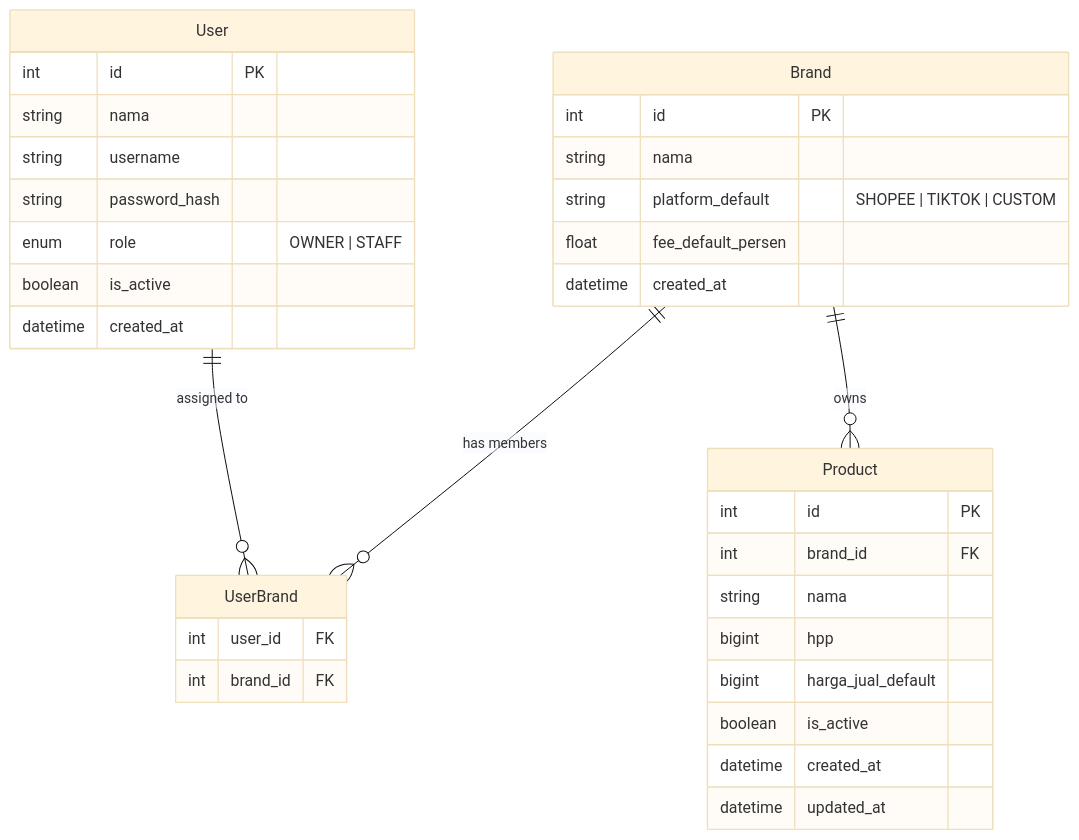
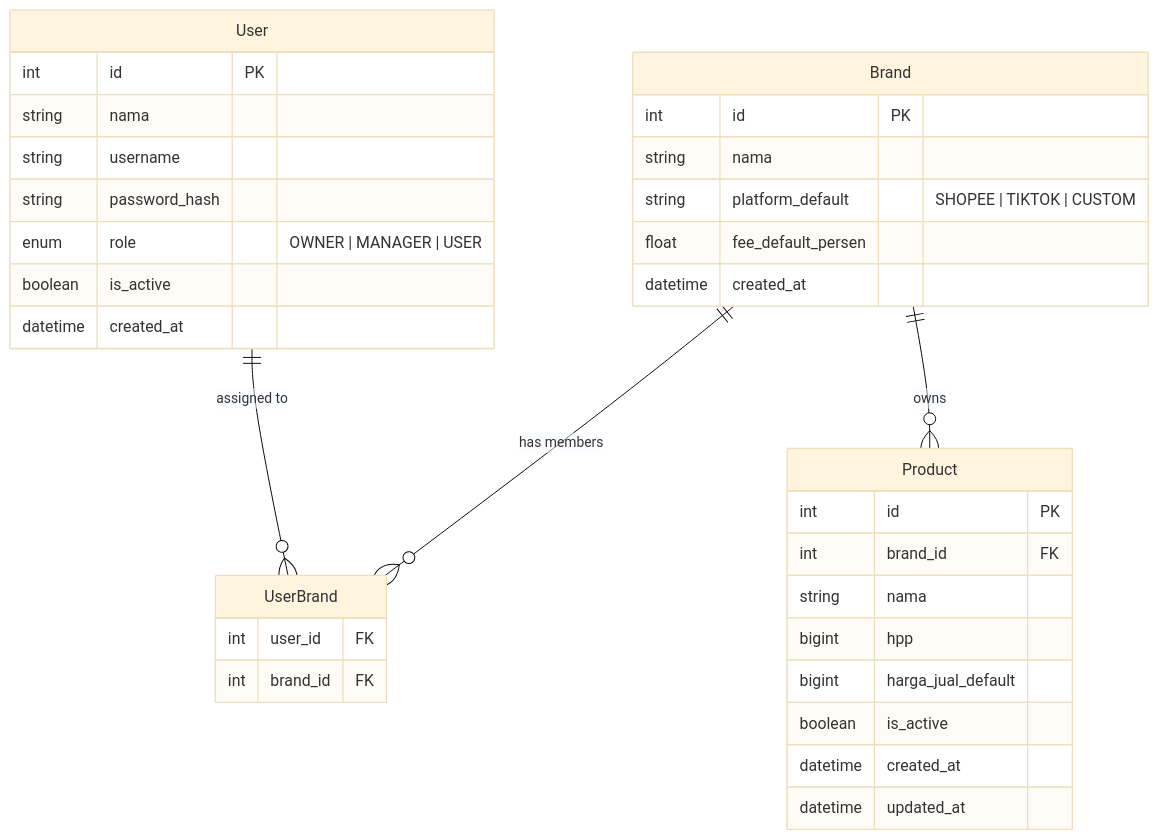
Before and after one commit to rizkyzaneva-sukses/roas20x: the second of 2 diagrams in PRD-roas-calculator.md, drawn with Mermaid (base theme). The commit also changed other lines of this file and 1 other file, not shown here.

Commit message:
chore: update schema and PRD for MANAGER role and bundling logic

````diff
--- a/PRD-roas-calculator.md
+++ b/PRD-roas-calculator.md
@@ -128,40 +127,40 @@
 ```mermaid
 erDiagram
     User {
         int id PK
         string nama
         string username
         string password_hash
-        enum role "OWNER | STAFF"
+        enum role "OWNER | MANAGER | USER"
         boolean is_active
         datetime created_at
     }
 
     Brand {
         int id PK
         string nama
         string platform_default "SHOPEE | TIKTOK | CUSTOM"
         float fee_default_persen
         datetime created_at
     }
 
     UserBrand {
         int user_id FK
         int brand_id FK
     }
 
     Product {
         int id PK
         int brand_id FK
         string nama
         bigint hpp
         bigint harga_jual_default
         boolean is_active
         datetime created_at
         datetime updated_at
     }
 
     User ||--o{ UserBrand : "assigned to"
     Brand ||--o{ UserBrand : "has members"
     Brand ||--o{ Product : "owns"
 ```
````
